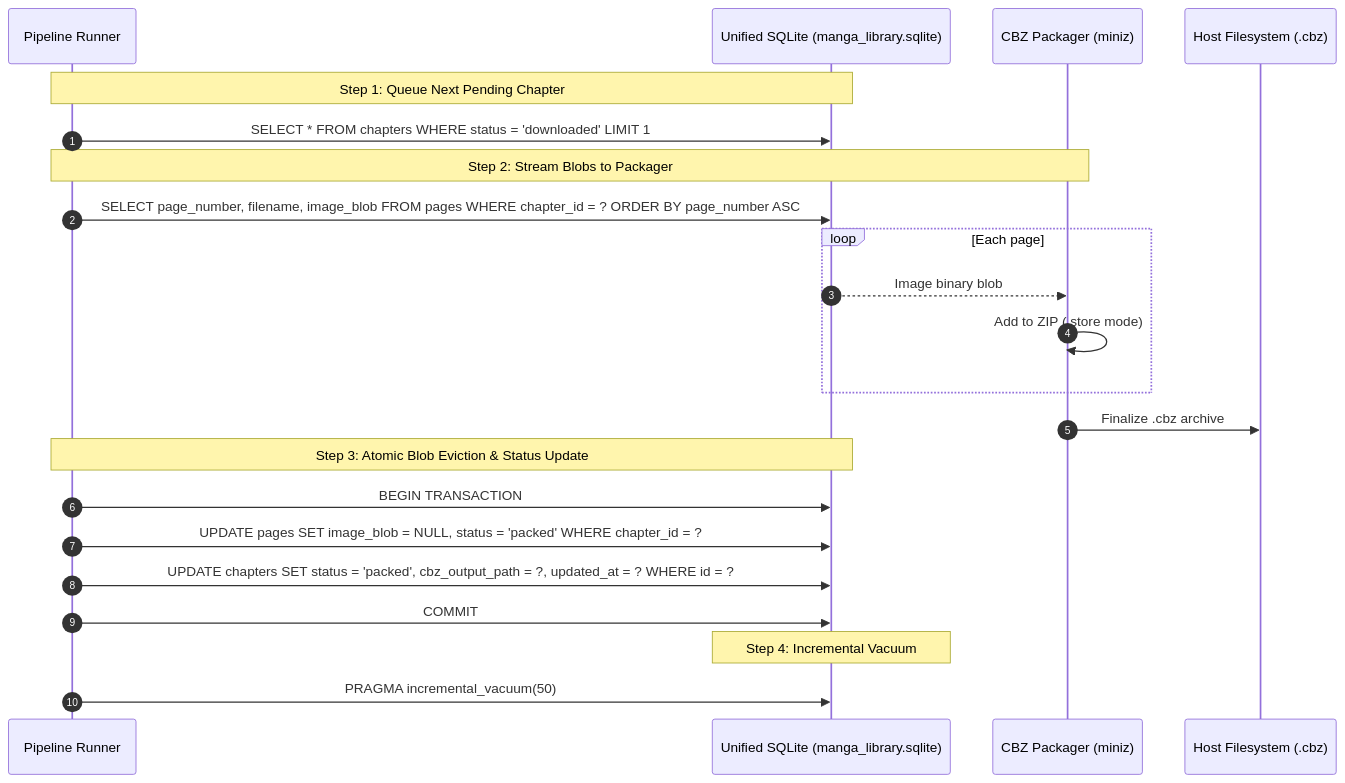
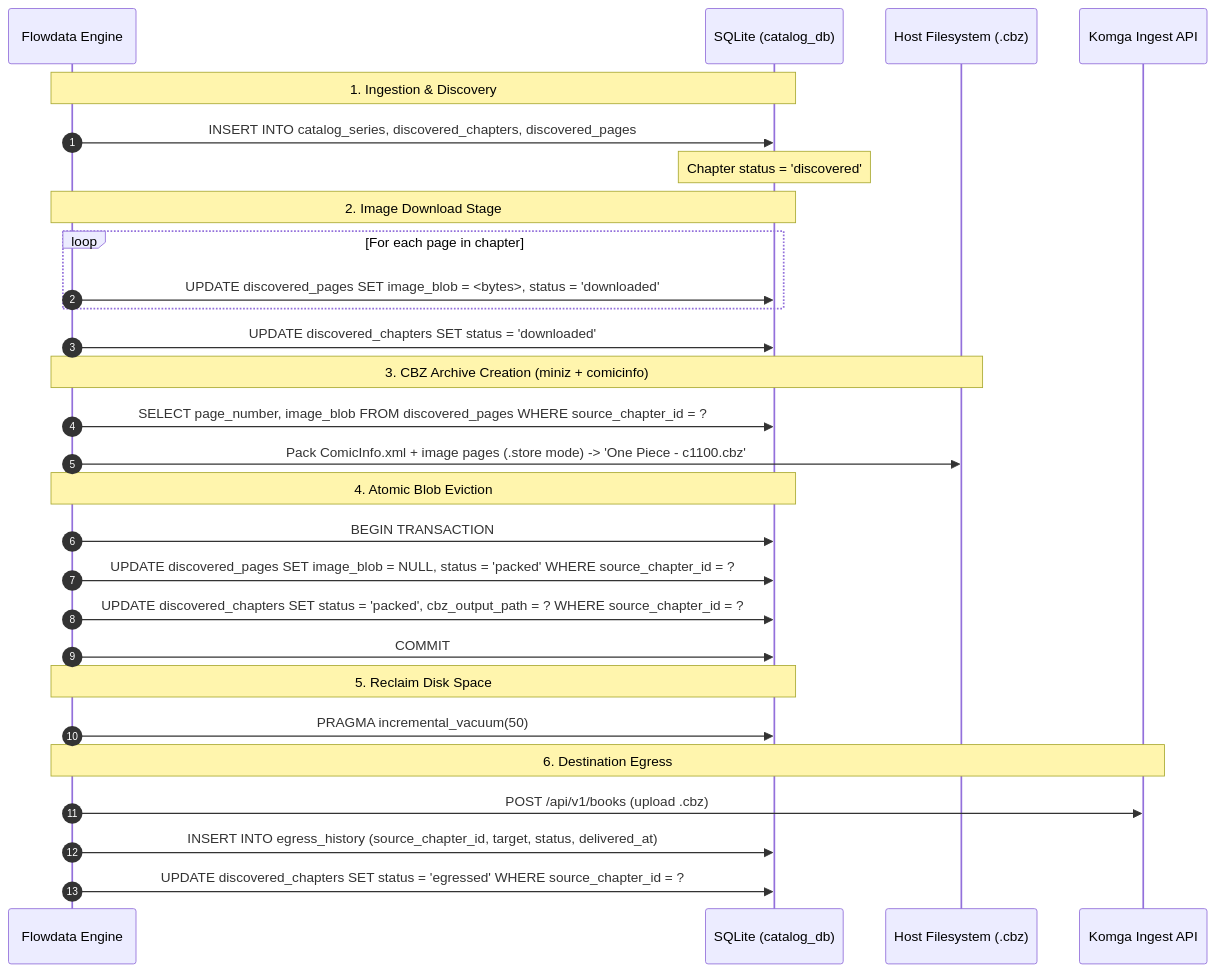
Before and after one commit to g-gar/vidsec: the diagram in docs/development/009-unified-sqlite-storage-and-schema.md, drawn with Mermaid. The commit also changed other lines of this file and 2 other files, not shown here.

````diff
--- a/docs/development/009-unified-sqlite-storage-and-schema.md
+++ b/docs/development/009-unified-sqlite-storage-and-schema.md
@@ -134,28 +142,36 @@
 ```mermaid
 sequenceDiagram
     autonumber
-    participant Pipeline as Pipeline Runner
-    participant DB as Unified SQLite (manga_library.sqlite)
-    participant Packager as CBZ Packager (miniz)
+    participant Pipeline as Flowdata Engine
+    participant DB as SQLite (catalog_db)
     participant FS as Host Filesystem (.cbz)
+    participant Komga as Komga Ingest API
 
-    Note over Pipeline,DB: Step 1: Queue Next Pending Chapter
-    Pipeline->>DB: SELECT * FROM chapters WHERE status = 'downloaded' LIMIT 1;
-    
-    Note over Pipeline,Packager: Step 2: Stream Blobs to Packager
-    Pipeline->>DB: SELECT page_number, filename, image_blob FROM pages WHERE chapter_id = ? ORDER BY page_number ASC;
-    loop Each page
-        DB-->>Packager: Image binary blob
-        Packager->>Packager: Add to ZIP (.store mode)
+    Note over Pipeline,DB: 1. Ingestion & Discovery
+    Pipeline->>DB: INSERT INTO catalog_series, discovered_chapters, discovered_pages
+    Note over DB: Chapter status = 'discovered'
+
+    Note over Pipeline,DB: 2. Image Download Stage
+    loop For each page in chapter
+        Pipeline->>DB: UPDATE discovered_pages SET image_blob = <bytes>, status = 'downloaded'
     end
-    Packager->>FS: Finalize .cbz archive
+    Pipeline->>DB: UPDATE discovered_chapters SET status = 'downloaded'
 
-    Note over Pipeline,DB: Step 3: Atomic Blob Eviction & Status Update
+    Note over Pipeline,FS: 3. CBZ Archive Creation (miniz + comicinfo)
+    Pipeline->>DB: SELECT page_number, image_blob FROM discovered_pages WHERE source_chapter_id = ?
+    Pipeline->>FS: Pack ComicInfo.xml + image pages (.store mode) -> 'One Piece - c1100.cbz'
+
+    Note over Pipeline,DB: 4. Atomic Blob Eviction
     Pipeline->>DB: BEGIN TRANSACTION;
-    Pipeline->>DB: UPDATE pages SET image_blob = NULL, status = 'packed' WHERE chapter_id = ?;
-    Pipeline->>DB: UPDATE chapters SET status = 'packed', cbz_output_path = ?, updated_at = ? WHERE id = ?;
+    Pipeline->>DB: UPDATE discovered_pages SET image_blob = NULL, status = 'packed' WHERE source_chapter_id = ?;
+    Pipeline->>DB: UPDATE discovered_chapters SET status = 'packed', cbz_output_path = ? WHERE source_chapter_id = ?;
     Pipeline->>DB: COMMIT;
 
-    Note over DB: Step 4: Incremental Vacuum
+    Note over Pipeline,DB: 5. Reclaim Disk Space
     Pipeline->>DB: PRAGMA incremental_vacuum(50);
+
+    Note over Pipeline,Komga: 6. Destination Egress
+    Pipeline->>Komga: POST /api/v1/books (upload .cbz)
+    Pipeline->>DB: INSERT INTO egress_history (source_chapter_id, target, status, delivered_at)
+    Pipeline->>DB: UPDATE discovered_chapters SET status = 'egressed' WHERE source_chapter_id = ?
 ```
````
